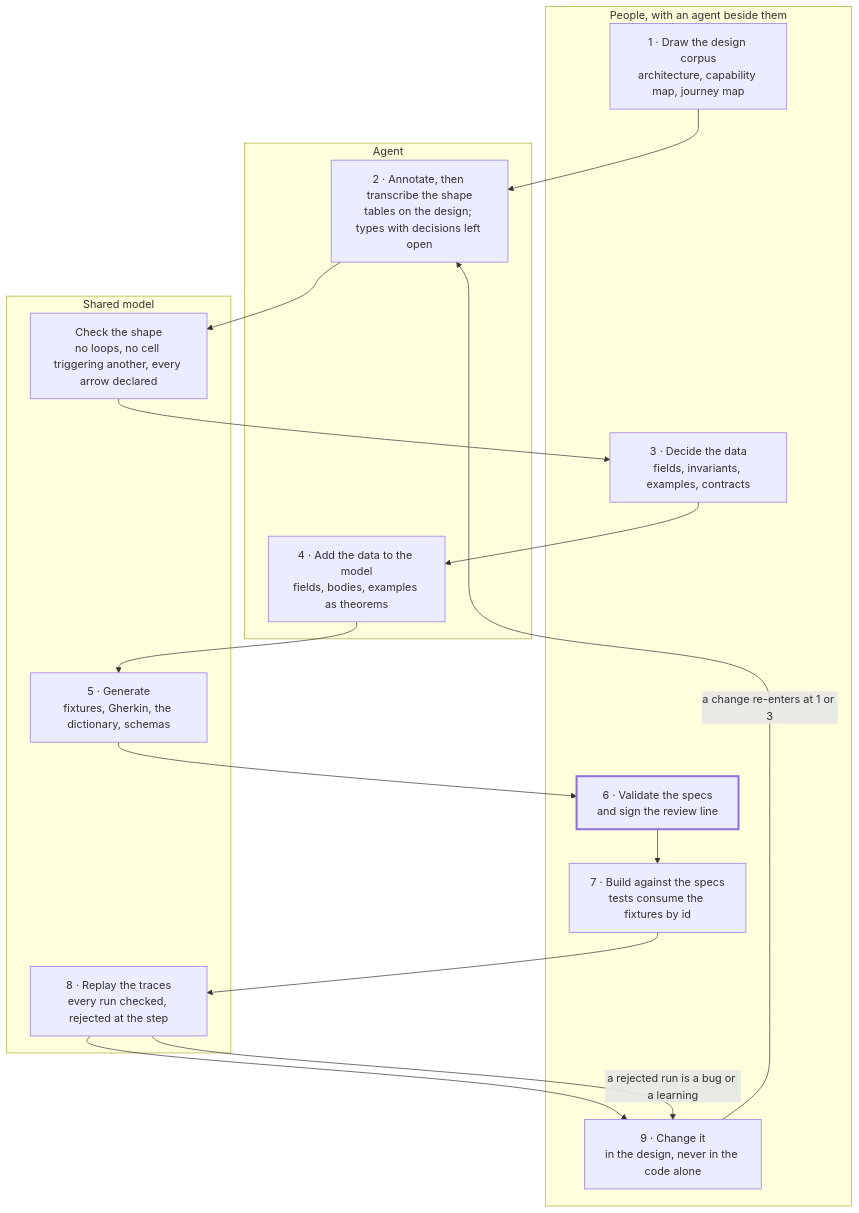
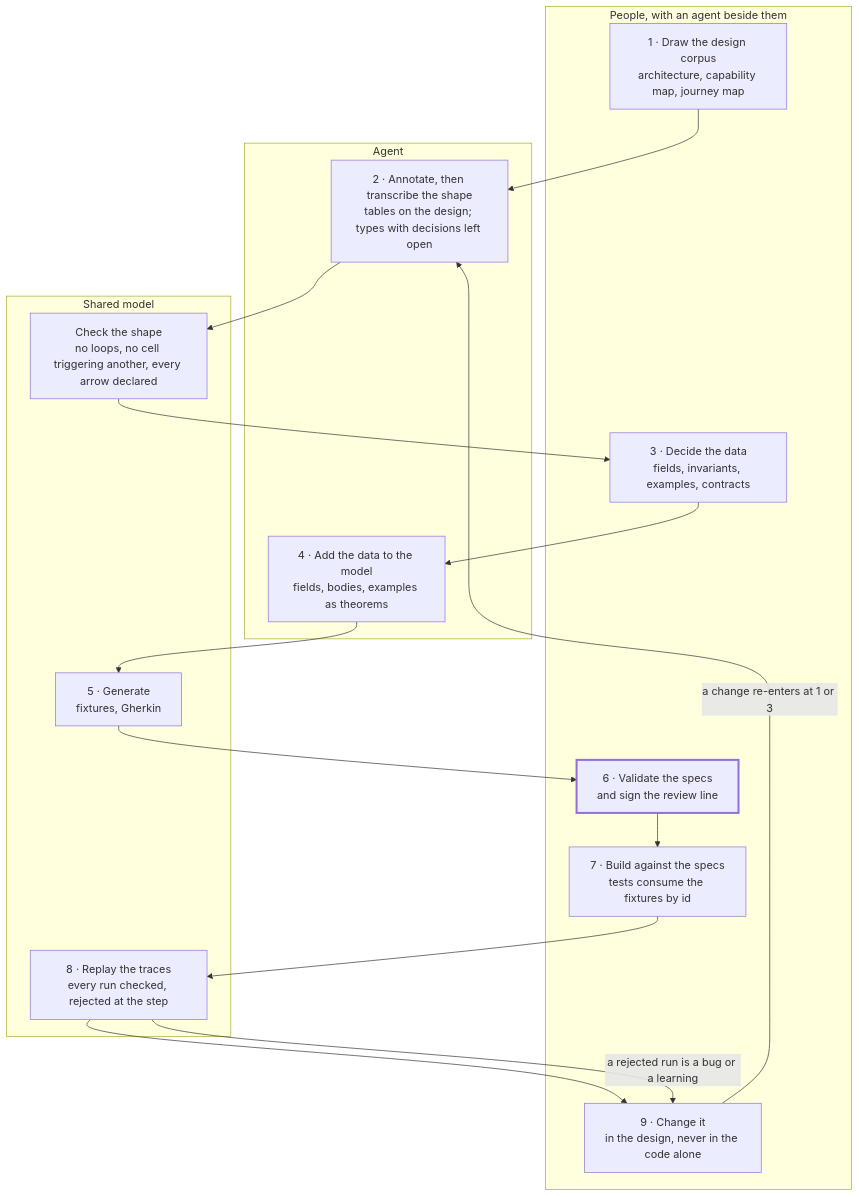
One commit to matthew-bram/cell-architecture-calculus changed the diagram in docs/the-lifecycle.md. Above: the diagram before and after it, drawn with Mermaid. The commit also changed other lines of this file and 39 other files, not shown here.

````diff
--- a/docs/the-lifecycle.md
+++ b/docs/the-lifecycle.md
@@ -15,23 +15,23 @@
 ```mermaid
 flowchart TB
     subgraph People["People, with an agent beside them"]
         S1["1 · Draw the design corpus<br/>architecture, capability map, journey map"]
         S3["3 · Decide the data<br/>fields, invariants, examples, contracts"]
         S6["6 · Validate the specs<br/>and sign the review line"]
         S7["7 · Build against the specs<br/>tests consume the fixtures by id"]
         S9["9 · Change it<br/>in the design, never in the code alone"]
     end
     subgraph Agent
         S2["2 · Annotate, then transcribe the shape<br/>tables on the design; types with decisions left open"]
         S4["4 · Add the data to the model<br/>fields, bodies, examples as theorems"]
     end
     subgraph Model["Shared model"]
         C2["Check the shape<br/>no loops, no cell triggering another, every arrow declared"]
-        S5["5 · Generate<br/>fixtures, Gherkin, the dictionary, schemas"]
+        S5["5 · Generate<br/>fixtures, Gherkin"]
         S8["8 · Replay the traces<br/>every run checked, rejected at the step"]
     end
     S1 --> S2 --> C2 --> S3 --> S4 --> S5 --> S6 --> S7 --> S8 --> S9
     S9 -->|a change re-enters at 1 or 3| S2
     S8 -->|a rejected run is a bug or a learning| S9
     style S6 stroke-width:3px
 ```
````
